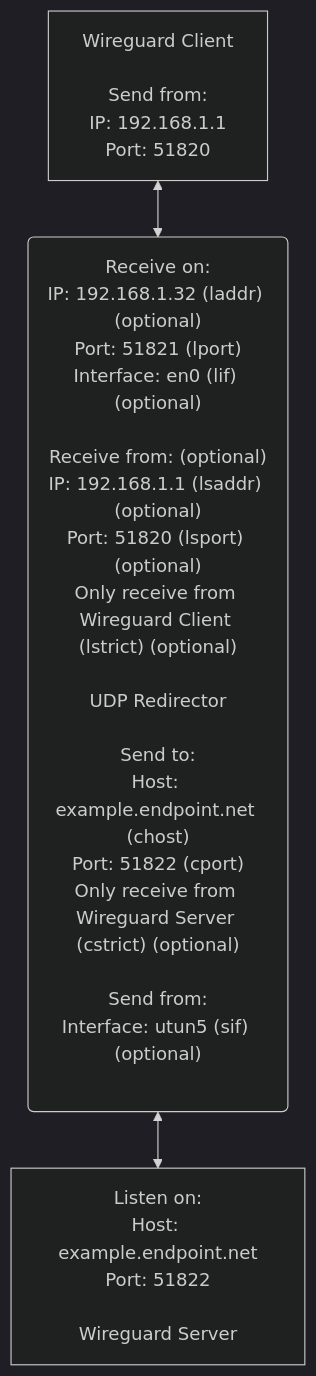
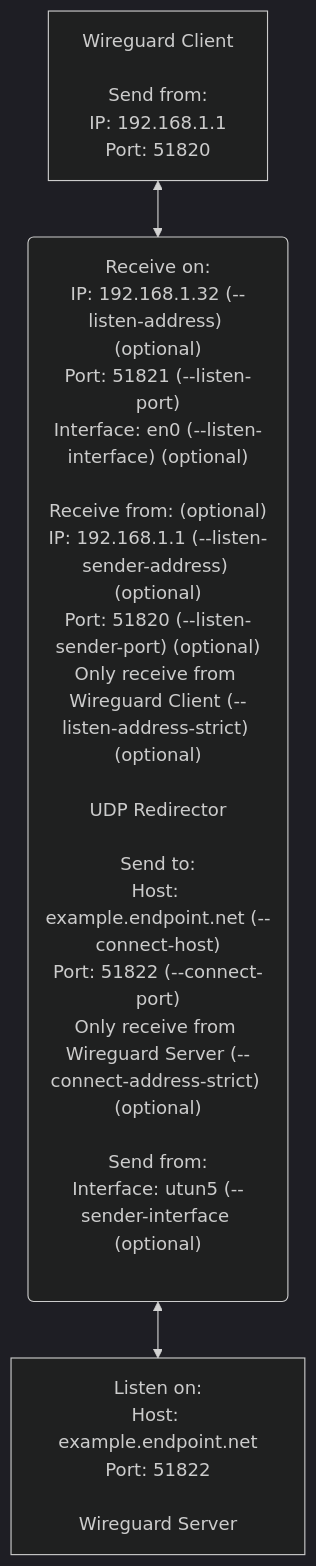
The diagram in README.md (danpodeanu/udp-redirect), drawn with Mermaid (dark theme) before and after one commit. The commit also changed other lines of this file and 1 other file, not shown here.

````diff
--- a/README.md
+++ b/README.md
@@ -101,5 +42,5 @@
 ```mermaid
 graph TD
-    A["Wireguard Client <br/><br/>Send from:<br/>IP: 192.168.1.1<br/>Port: 51820"] <--> B("Receive on:<br/>IP: 192.168.1.32 (laddr) (optional)<br/>Port: 51821 (lport)<br/>Interface: en0 (lif) (optional)<br/><br/>Receive from: (optional)<br/>IP: 192.168.1.1 (lsaddr) (optional)<br/>Port: 51820 (lsport) (optional)<br/>Only receive from Wireguard Client (lstrict) (optional)<br/><br/>UDP Redirector<br/><br/>Send to:<br/>Host: example.endpoint.net (chost)</br>Port: 51822 (cport)<br/>Only receive from Wireguard Server (cstrict) (optional)<br/><br/>Send from:<br/>Interface: utun5 (sif) (optional)<br/><br/>")
+    A["Wireguard Client <br/><br/>Send from:<br/>IP: 192.168.1.1<br/>Port: 51820"] <--> B("Receive on:<br/>IP: 192.168.1.32 (--listen-address) (optional)<br/>Port: 51821 (--listen-port)<br/>Interface: en0 (--listen-interface) (optional)<br/><br/>Receive from: (optional)<br/>IP: 192.168.1.1 (--listen-sender-address) (optional)<br/>Port: 51820 (--listen-sender-port) (optional)<br/>Only receive from Wireguard Client (--listen-address-strict) (optional)<br/><br/>UDP Redirector<br/><br/>Send to:<br/>Host: example.endpoint.net (--connect-host)</br>Port: 51822 (--connect-port)<br/>Only receive from Wireguard Server (--connect-address-strict) (optional)<br/><br/>Send from:<br/>Interface: utun5 (--sender-interface (optional)<br/><br/>")
     B <--> C["Listen on:<br/>Host: example.endpoint.net<br/>Port: 51822<br/><br/>Wireguard Server"]
 ```
````
